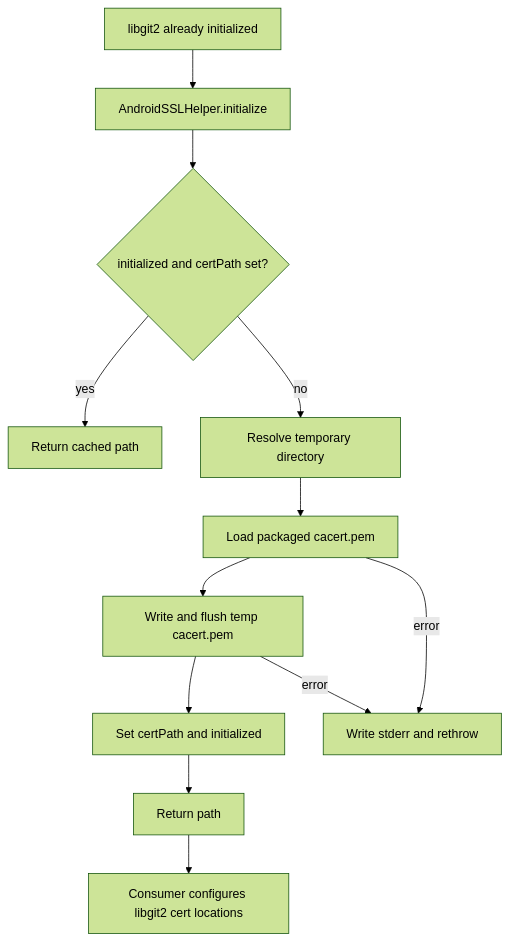
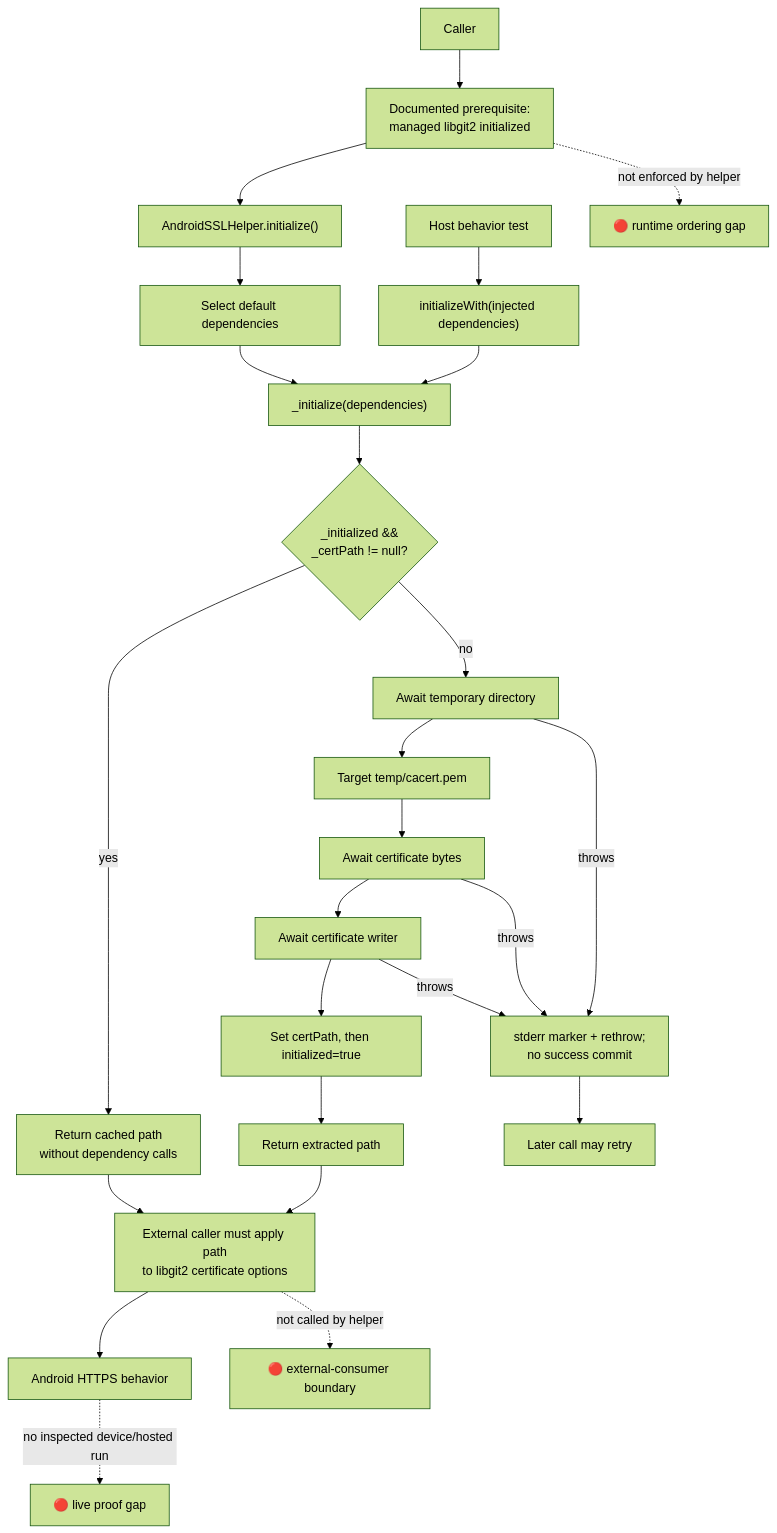
The diagram in .reversa/_reversa_sdd/flowcharts/android-tls-bootstrap.md (DartGit-dev/git2dart_binaries), drawn with Mermaid (forest theme) before and after one commit. The commit also changed other lines of this file and 250 other files, not shown here.

Commit message:
Implement behavior-proof validation and harden platform proof gate

````diff
--- a/.reversa/_reversa_sdd/flowcharts/android-tls-bootstrap.md
+++ b/.reversa/_reversa_sdd/flowcharts/android-tls-bootstrap.md
@@ -3,14 +3,27 @@
 ```mermaid
 flowchart TD
-  Prereq["libgit2 already initialized"] --> Init["AndroidSSLHelper.initialize"]
-  Init --> Cached{"initialized and certPath set?"}
-  Cached -- yes --> ReturnCached["Return cached path"]
-  Cached -- no --> Temp["Resolve temporary directory"]
-  Temp --> Asset["Load packaged cacert.pem"]
-  Asset --> Write["Write and flush temp cacert.pem"]
-  Write --> State["Set certPath and initialized"]
-  State --> Return["Return path"]
-  Asset -->|error| Error["Write stderr and rethrow"]
-  Write -->|error| Error
-  Return --> Consumer["Consumer configures libgit2 cert locations"]
+  Caller["Caller"] --> Order["Documented prerequisite:<br/>managed libgit2 initialized"]
+  Order --> Init["AndroidSSLHelper.initialize()"]
+  Init --> Default["Select default dependencies"]
+  Test["Host behavior test"] --> Injected["initializeWith(injected dependencies)"]
+  Default --> Core["_initialize(dependencies)"]
+  Injected --> Core
+  Core --> Cached{"_initialized &&<br/>_certPath != null?"}
+  Cached -- yes --> ReturnCached["Return cached path<br/>without dependency calls"]
+  Cached -- no --> Temp["Await temporary directory"]
+  Temp --> Target["Target temp/cacert.pem"]
+  Target --> Asset["Await certificate bytes"]
+  Asset --> Write["Await certificate writer"]
+  Write --> Commit["Set certPath, then initialized=true"]
+  Commit --> Return["Return extracted path"]
+  Temp -->|throws| Failure["stderr marker + rethrow;<br/>no success commit"]
+  Asset -->|throws| Failure
+  Write -->|throws| Failure
+  Failure --> Retry["Later call may retry"]
+  Return --> Apply["External caller must apply path<br/>to libgit2 certificate options"]
+  ReturnCached --> Apply
+  Apply --> HTTPS["Android HTTPS behavior"]
+  Order -. "not enforced by helper" .-> Gap1["🔴 runtime ordering gap"]
+  Apply -. "not called by helper" .-> Gap2["🔴 external-consumer boundary"]
+  HTTPS -. "no inspected device/hosted run" .-> Gap3["🔴 live proof gap"]
 ```
````
